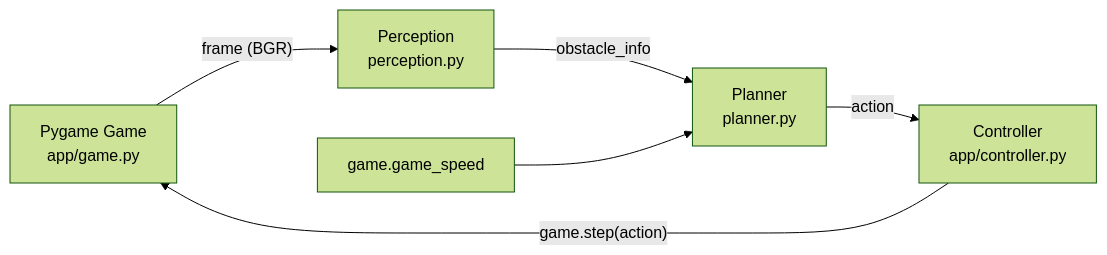
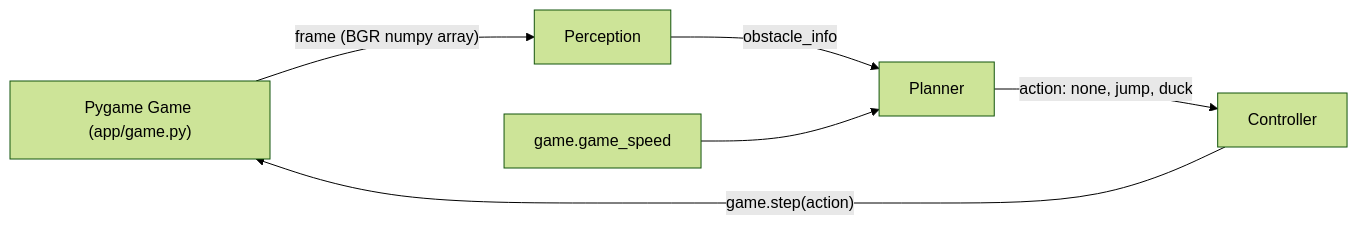
One commit to Vihaan8/ai_chrome_dino changed the first of 3 diagrams in README.md. Above: the diagram before and after it, drawn with Mermaid (forest theme). The commit also changed other lines of this file and 6 other files, not shown here.

````diff
--- a/README.md
+++ b/README.md
@@ -65,8 +80,8 @@
 ```mermaid
 flowchart LR
-    G["Pygame Game\napp/game.py"] -->|"frame (BGR)"| P["Perception\nperception.py"]
-    P -->|"obstacle_info"| PL["Planner\nplanner.py"]
+    G["Pygame Game (app/game.py)"] -->|"frame (BGR numpy array)"| P["Perception"]
+    P -->|"obstacle_info"| PL["Planner"]
     S["game.game_speed"] --> PL
-    PL -->|"action"| C["Controller\napp/controller.py"]
+    PL -->|"action: none, jump, duck"| C["Controller"]
     C -->|"game.step(action)"| G
 ```
````
